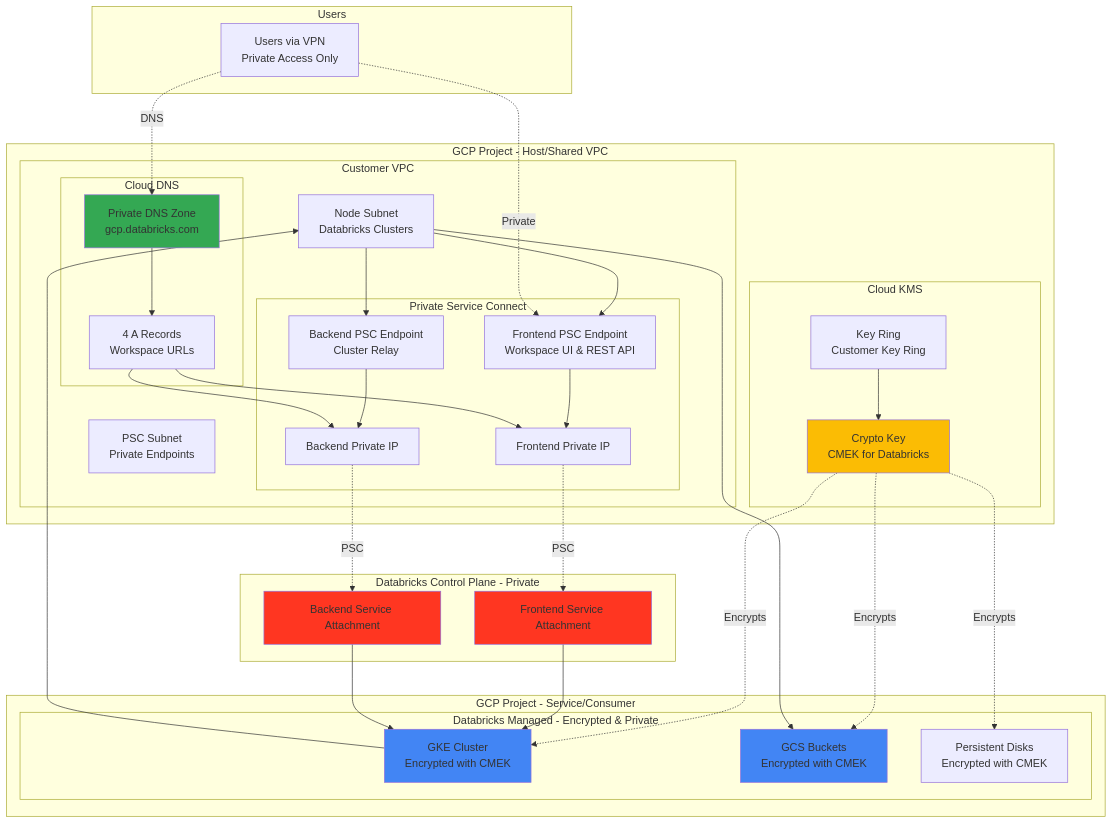
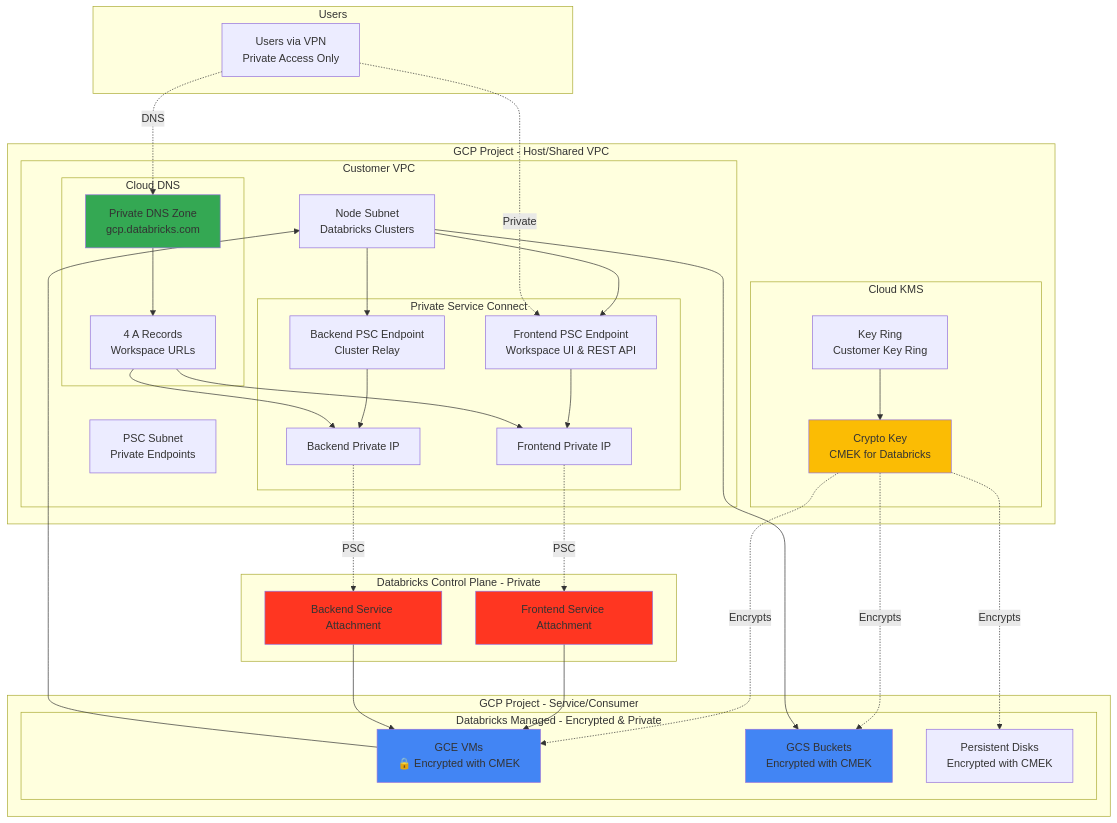
The first of 3 diagrams in gcpdb4u/templates/terraform-scripts/byovpc-psc-cmek-ws/readme.md (bhavink/databricks), drawn with Mermaid before and after one commit. The commit also changed other lines of this file and 11 other files, not shown here.

First line of the commit message:
docs(gcpdb4u): remove GKE refs; classic compute is now GCE-based

````diff
--- a/gcpdb4u/templates/terraform-scripts/byovpc-psc-cmek-ws/readme.md
+++ b/gcpdb4u/templates/terraform-scripts/byovpc-psc-cmek-ws/readme.md
@@ -40,74 +40,74 @@
 ```mermaid
 graph TB
     subgraph "GCP Project - Host/Shared VPC"
         subgraph "Customer VPC"
             SUBNET[Node Subnet<br/>Databricks Clusters]
             PSC_SUBNET[PSC Subnet<br/>Private Endpoints]
 
             subgraph "Private Service Connect"
                 FE_EP[Frontend PSC Endpoint<br/>Workspace UI & REST API]
                 BE_EP[Backend PSC Endpoint<br/>Cluster Relay]
                 FE_IP[Frontend Private IP]
                 BE_IP[Backend Private IP]
             end
 
             subgraph "Cloud DNS"
                 DNS_ZONE[Private DNS Zone<br/>gcp.databricks.com]
                 A_REC[4 A Records<br/>Workspace URLs]
             end
         end
 
         subgraph "Cloud KMS"
             KEYRING[Key Ring<br/>Customer Key Ring]
             KEY[Crypto Key<br/>CMEK for Databricks]
         end
     end
 
     subgraph "GCP Project - Service/Consumer"
         subgraph "Databricks Managed - Encrypted & Private"
-            GKE[GKE Cluster<br/>Encrypted with CMEK]
+            GCE[GCE VMs<br/>🔒 Encrypted with CMEK]
             GCS[GCS Buckets<br/>Encrypted with CMEK]
             DISK[Persistent Disks<br/>Encrypted with CMEK]
         end
     end
 
     subgraph "Databricks Control Plane - Private"
         FE_SA[Frontend Service Attachment]
         BE_SA[Backend Service Attachment]
     end
 
     subgraph "Users"
         USER[Users via VPN<br/>Private Access Only]
     end
 
     KEYRING --> KEY
     KEY -.Encrypts.-> GCS
     KEY -.Encrypts.-> DISK
-    KEY -.Encrypts.-> GKE
+    KEY -.Encrypts.-> GCE
 
     SUBNET --> FE_EP
     SUBNET --> BE_EP
     FE_EP --> FE_IP
     BE_EP --> BE_IP
     FE_IP -.PSC.-> FE_SA
     BE_IP -.PSC.-> BE_SA
 
-    FE_SA --> GKE
-    BE_SA --> GKE
-    GKE --> SUBNET
+    FE_SA --> GCE
+    BE_SA --> GCE
+    GCE --> SUBNET
     SUBNET --> GCS
 
     DNS_ZONE --> A_REC
     A_REC --> FE_IP
     A_REC --> BE_IP
 
     USER -.DNS.-> DNS_ZONE
     USER -.Private.-> FE_EP
 
     style FE_SA fill:#FF3621
     style BE_SA fill:#FF3621
     style KEY fill:#FBBC04
     style GCS fill:#4285F4
-    style GKE fill:#4285F4
+    style GCE fill:#4285F4
     style DNS_ZONE fill:#34A853
 ```
````
